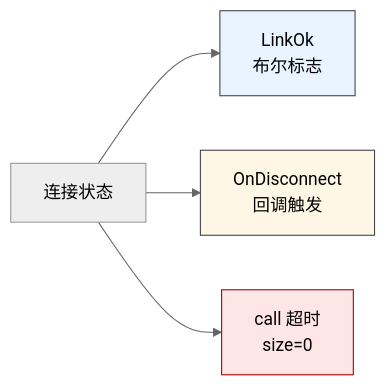
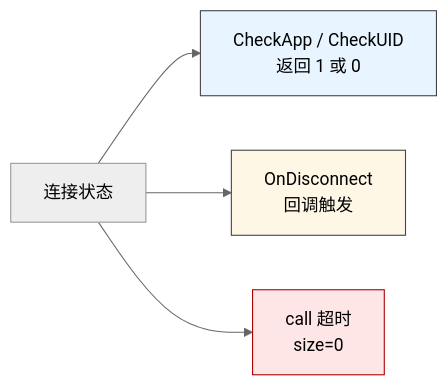
Before and after one commit to PassByYou888/LingoFuse: the first of 5 diagrams in doc/LF_Reconnect_Strategy.md, drawn with Mermaid (neutral theme). The commit also changed other lines of this file, not shown here.

````diff
--- a/doc/LF_Reconnect_Strategy.md
+++ b/doc/LF_Reconnect_Strategy.md
@@ -13,10 +15,10 @@
 ```mermaid
 flowchart LR
-    A["连接状态"] --> B["LinkOk<br/>布尔标志"]
+    A["连接状态"] --> B["CheckApp / CheckUID<br/>返回 1 或 0"]
     A --> C["OnDisconnect<br/>回调触发"]
     A --> D["call 超时<br/>size=0"]
 
     style B fill:#e8f4ff,stroke:#444
     style C fill:#fff7e6,stroke:#444
     style D fill:#ffe6e6,stroke:#a00
 ```
````
